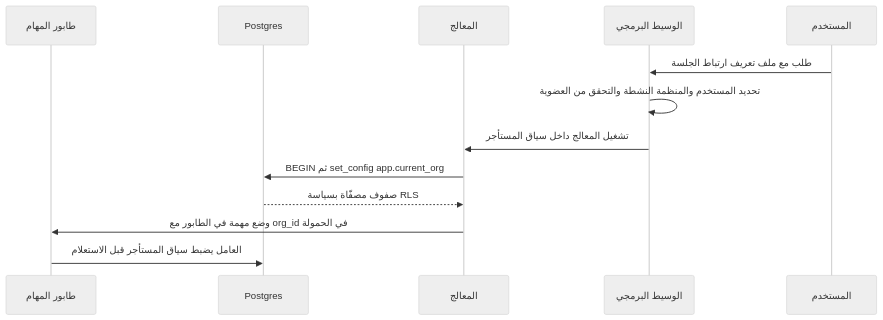
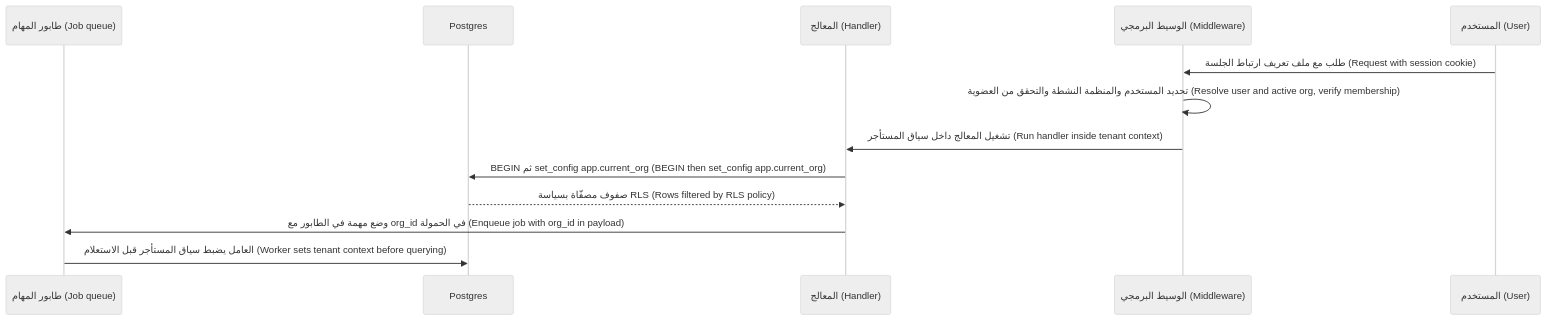
One commit to Tamoura/system-design-for-vibe-coders changed the eighth of 9 diagrams in saas/modules/02-data.ar.md. Above: the diagram before and after it, drawn with Mermaid (neutral theme). The commit also changed other lines of this file and 62 other files, not shown here.

First line of the commit message:
Arabic editions: English on every diagram label, RTL fixes, rebuild

````diff
--- a/saas/modules/02-data.ar.md
+++ b/saas/modules/02-data.ar.md
@@ -903,15 +903,15 @@
 ```mermaid
 sequenceDiagram
-    participant Q as طابور المهام
+    participant Q as طابور المهام (Job queue)
     participant D as Postgres
-    participant H as المعالج
-    participant M as الوسيط البرمجي
-    participant U as المستخدم
-    U->>M: طلب مع ملف تعريف ارتباط الجلسة
-    M->>M: تحديد المستخدم والمنظمة النشطة والتحقق من العضوية
-    M->>H: تشغيل المعالج داخل سياق المستأجر
-    H->>D: BEGIN ثم set_config app.current_org
-    D-->>H: صفوف مصفّاة بسياسة RLS
-    H->>Q: وضع مهمة في الطابور مع org_id في الحمولة
-    Q->>D: العامل يضبط سياق المستأجر قبل الاستعلام
+    participant H as المعالج (Handler)
+    participant M as الوسيط البرمجي (Middleware)
+    participant U as المستخدم (User)
+    U->>M: طلب مع ملف تعريف ارتباط الجلسة (Request with session cookie)
+    M->>M: تحديد المستخدم والمنظمة النشطة والتحقق من العضوية (Resolve user and active org, verify membership)
+    M->>H: تشغيل المعالج داخل سياق المستأجر (Run handler inside tenant context)
+    H->>D: BEGIN ثم set_config app.current_org (BEGIN then set_config app.current_org)
+    D-->>H: صفوف مصفّاة بسياسة RLS (Rows filtered by RLS policy)
+    H->>Q: وضع مهمة في الطابور مع org_id في الحمولة (Enqueue job with org_id in payload)
+    Q->>D: العامل يضبط سياق المستأجر قبل الاستعلام (Worker sets tenant context before querying)
 ```
````
